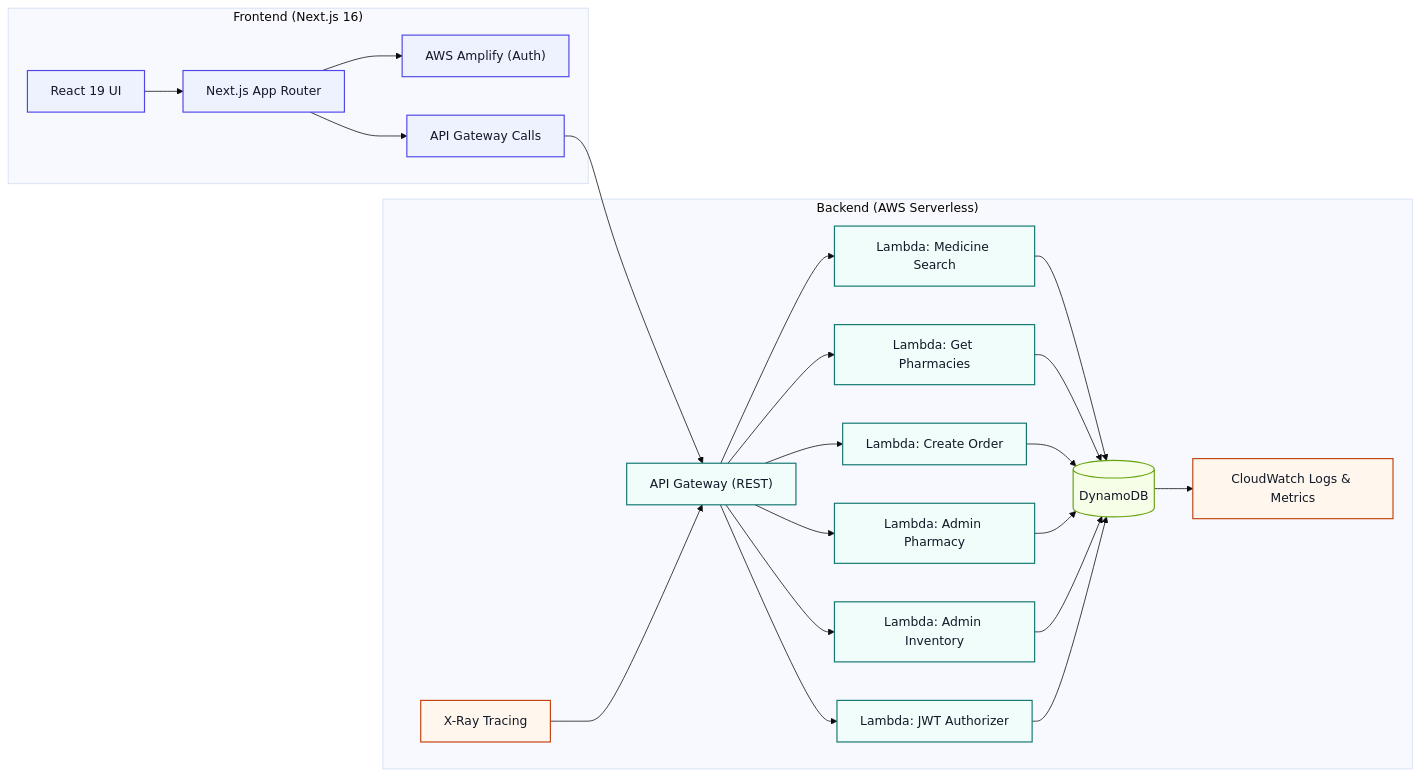
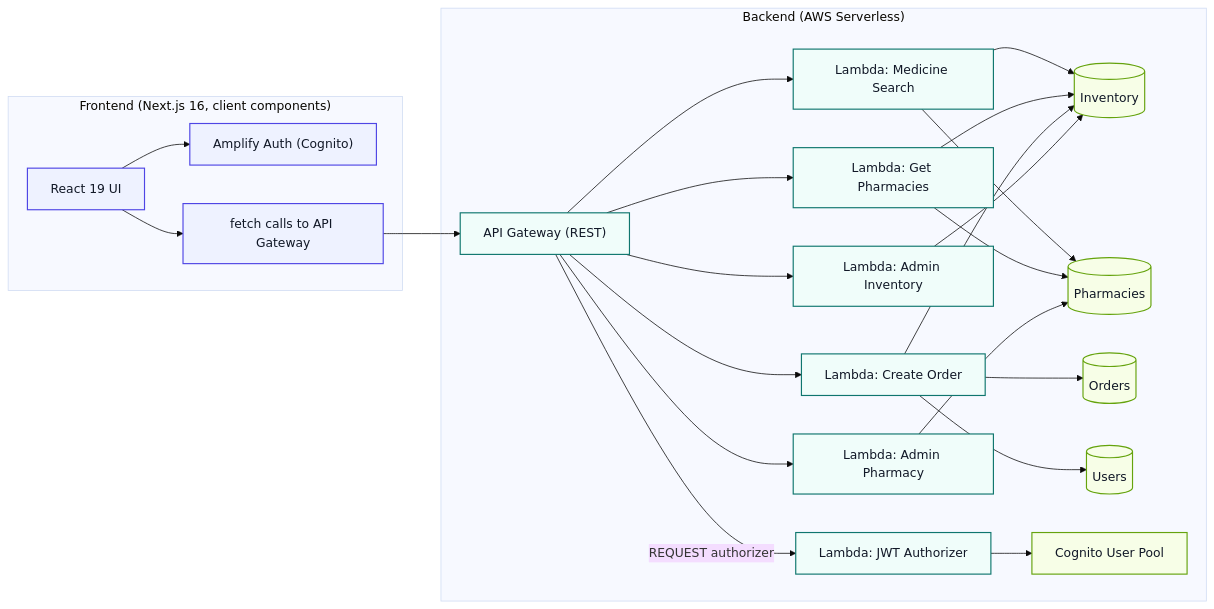
Before and after one commit to s-aduk/MediFind: the diagram in README.md, drawn with Mermaid (base theme). The commit also changed other lines of this file and 12 other files, not shown here.

````diff
--- a/README.md
+++ b/README.md
@@ -44,36 +20,35 @@
 ```mermaid
 flowchart LR
-    subgraph Frontend["Frontend (Next.js 16)"]
-        A["React 19 UI"] --> B["Next.js App Router"]
-        B --> C["AWS Amplify (Auth)"]
-        B --> D["API Gateway Calls"]
+    subgraph Frontend["Frontend (Next.js 16, client components)"]
+        A["React 19 UI"] --> B["Amplify Auth (Cognito)"]
+        A --> C["fetch calls to API Gateway"]
     end
 
     subgraph Backend["Backend (AWS Serverless)"]
-        D --> E["API Gateway (REST)"]
-        E --> F["Lambda: Medicine Search"]
-        E --> G["Lambda: Get Pharmacies"]
-        E --> H["Lambda: Create Order"]
-        E --> I["Lambda: Admin Pharmacy"]
-        E --> J["Lambda: Admin Inventory"]
-        E --> K["Lambda: JWT Authorizer"]
-        F --> L[("DynamoDB")]
-        G --> L
-        H --> L
-        I --> L
-        J --> L
-        K --> L
-        L --> M["CloudWatch Logs & Metrics"]
-        N["X-Ray Tracing"] --> E
+        C --> D["API Gateway (REST)"]
+        D -- "REQUEST authorizer" --> K["Lambda: JWT Authorizer"]
+        D --> E["Lambda: Medicine Search"]
+        D --> F["Lambda: Get Pharmacies"]
+        D --> G["Lambda: Create Order"]
+        D --> H["Lambda: Admin Pharmacy"]
+        D --> I["Lambda: Admin Inventory"]
+        E --> L1[("Inventory")]
+        E --> L2[("Pharmacies")]
+        F --> L1
+        F --> L2
+        G --> L3[("Orders")]
+        G --> L4[("Users")]
+        G --> L1
+        H --> L2
+        I --> L1
+        K --> M["Cognito User Pool"]
     end
 
     classDef frontend fill:#eef2ff,stroke:#4f46e5,color:#111827,stroke-width:1.5px;
     classDef backend fill:#f0fdfa,stroke:#0f766e,color:#111827,stroke-width:1.5px;
     classDef data fill:#f7fee7,stroke:#65a30d,color:#111827,stroke-width:1.5px;
-    classDef observability fill:#fff7ed,stroke:#c2410c,color:#111827,stroke-width:1.5px;
 
-    class A,B,C,D frontend;
-    class E,F,G,H,I,J,K backend;
-    class L data;
-    class M,N observability;
+    class A,B,C frontend;
+    class D,E,F,G,H,I,K backend;
+    class L1,L2,L3,L4,M data;
 ```
````
